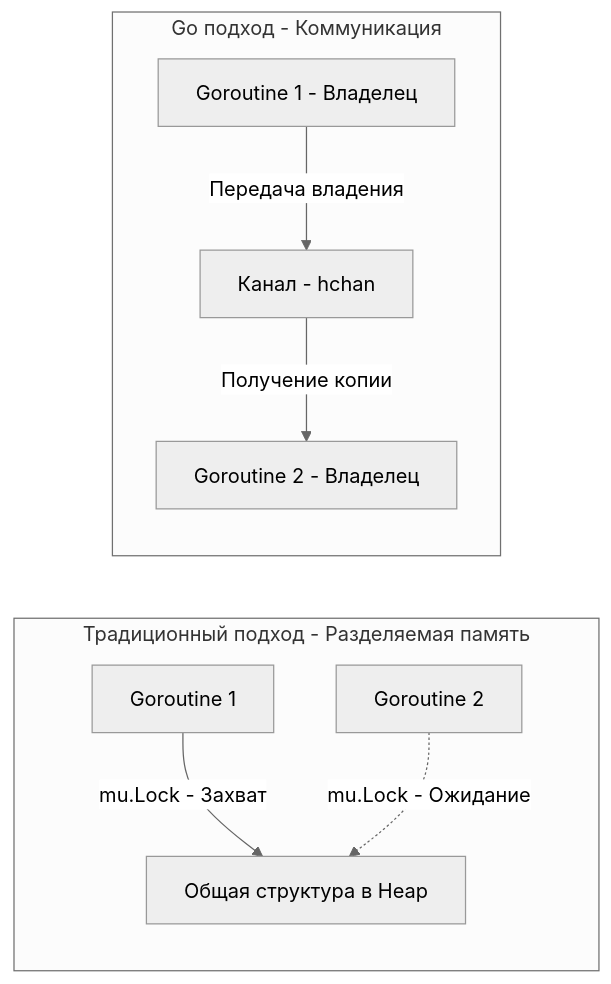
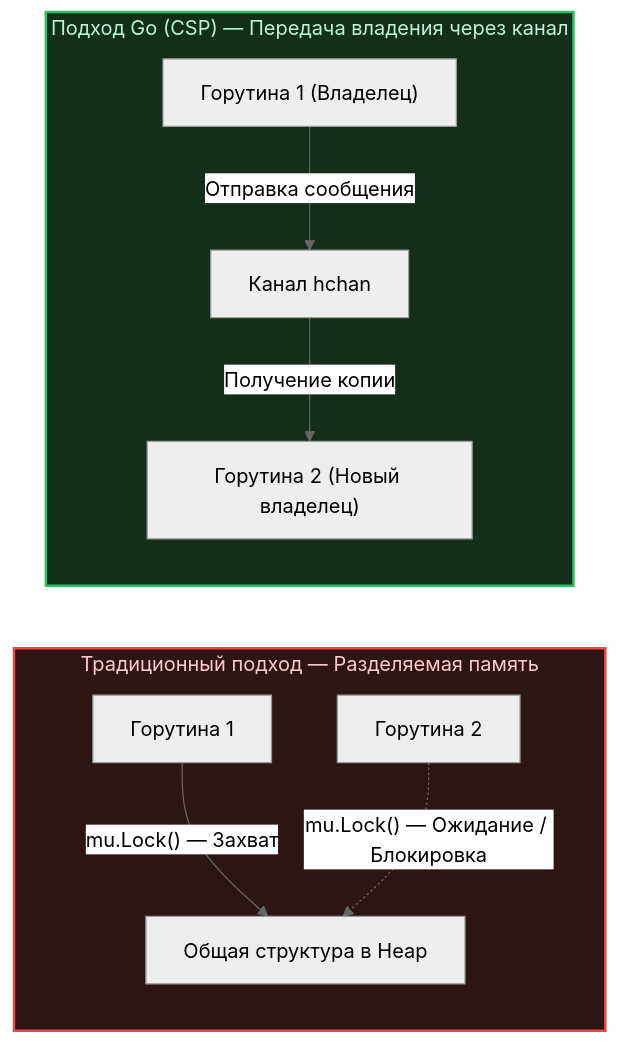
One commit to UnrealTemplier/go-textbook changed the diagram in sources/4. История и философия Go/25. Share Memory By Communicating. Почему каналы важнее Mutex.md. Above: the diagram before and after it, drawn with Mermaid (neutral theme). The commit also changed other lines of this file, not shown here.

````diff
--- a/sources/4. История и философия Go/25. Share Memory By Communicating. Почему каналы важнее Mutex.md
+++ b/sources/4. История и философия Go/25. Share Memory By Communicating. Почему каналы важнее Mutex.md
@@ -37,11 +60,13 @@
 ```mermaid
 flowchart LR
-    subgraph OOP_WAY ["Традиционный подход - Разделяемая память"]
-        G1_OOP["Goroutine 1"] -->|"mu.Lock - Захват"| MUTEX["Общая структура в Heap"]
-        G2_OOP["Goroutine 2"] -.->|"mu.Lock - Ожидание"| MUTEX
+    subgraph OOP_WAY ["Традиционный подход — Разделяемая память"]
+        G1_OOP["Горутина 1"] -->|"mu.Lock() — Захват"| MUTEX["Общая структура в Heap"]
+        G2_OOP["Горутина 2"] -.->|"mu.Lock() — Ожидание / Блокировка"| MUTEX
     end
-    subgraph GO_WAY["Go подход - Коммуникация"]
-        G1_GO["Goroutine 1 - Владелец"] -->|"Передача владения"| CHAN["Канал - hchan"]
-        CHAN -->|"Получение копии"| G2_GO["Goroutine 2 - Владелец"]
+    subgraph GO_WAY ["Подход Go (CSP) — Передача владения через канал"]
+        G1_GO["Горутина 1 (Владелец)"] -->|"Отправка сообщения"| CHAN["Канал hchan"]
+        CHAN -->|"Получение копии"| G2_GO["Горутина 2 (Новый владелец)"]
     end
+    style OOP_WAY fill:#2d1515,stroke:#ef4444,stroke-width:2px,color:#fecaca
+    style GO_WAY fill:#132e1b,stroke:#22c55e,stroke-width:2px,color:#bbf7d0
 ```
````
